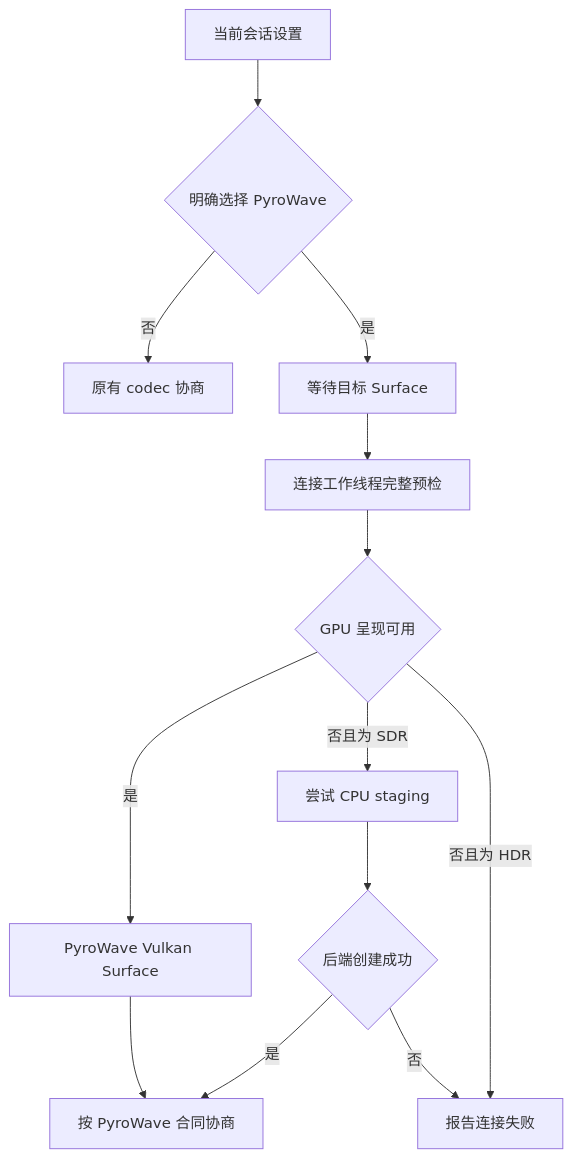
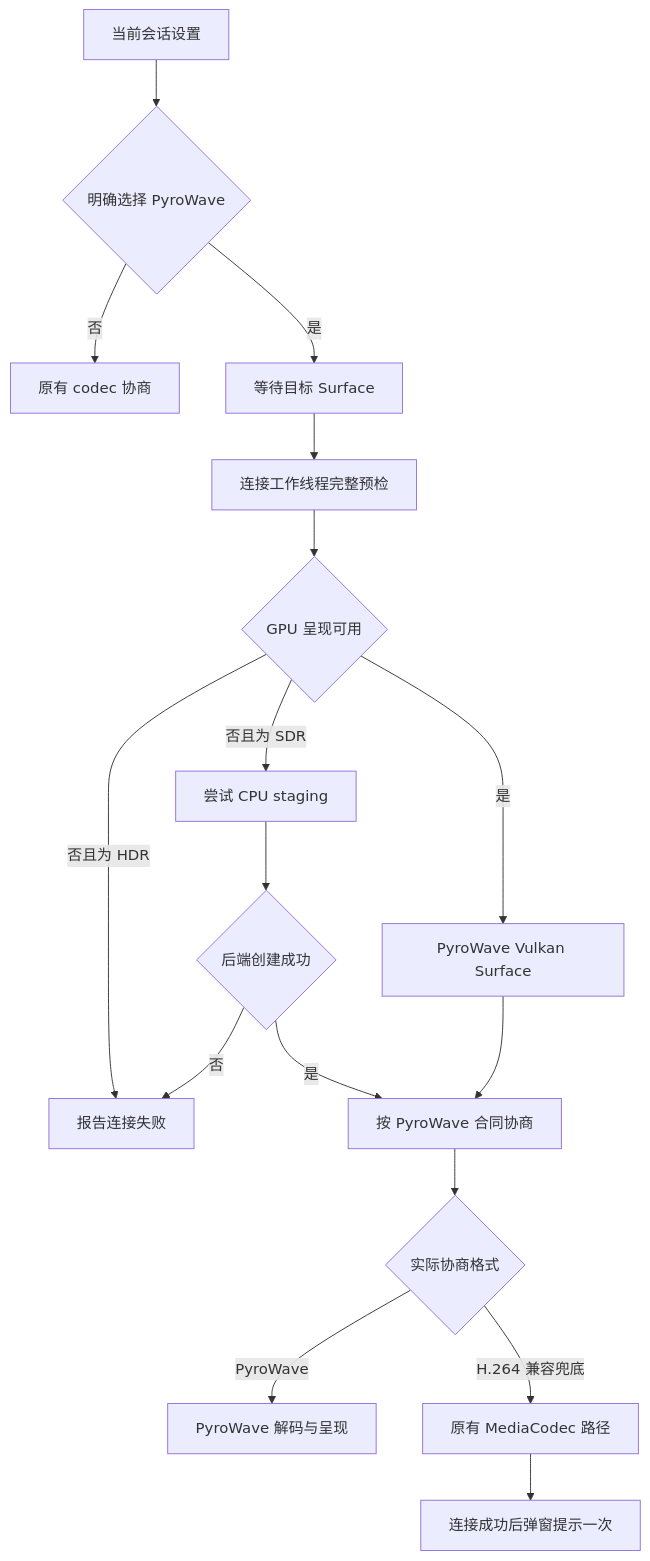
One commit to qiin2333/moonlight-vplus changed the first of 2 diagrams in docs/pyrowave-decoder-design.md. Above: the diagram before and after it, drawn with Mermaid. The commit also changed other lines of this file and 59 other files, not shown here.

```diff
--- a/docs/pyrowave-decoder-design.md
+++ b/docs/pyrowave-decoder-design.md
@@ -21,15 +22,19 @@
 ~~~mermaid
 flowchart TD
     A[当前会话设置] --> B{明确选择 PyroWave}
     B -->|否| C[原有 codec 协商]
     B -->|是| D[等待目标 Surface]
     D --> E[连接工作线程完整预检]
     E --> F{GPU 呈现可用}
     F -->|是| G[PyroWave Vulkan Surface]
     F -->|否且为 SDR| H[尝试 CPU staging]
     F -->|否且为 HDR| I[报告连接失败]
     H --> J{后端创建成功}
     J -->|是| K[按 PyroWave 合同协商]
     J -->|否| I
     G --> K
+    K --> L{实际协商格式}
+    L -->|PyroWave| M[PyroWave 解码与呈现]
+    L -->|H.264 兼容兜底| N[原有 MediaCodec 路径]
+    N --> O[连接成功后弹窗提示一次]
 ~~~
```
